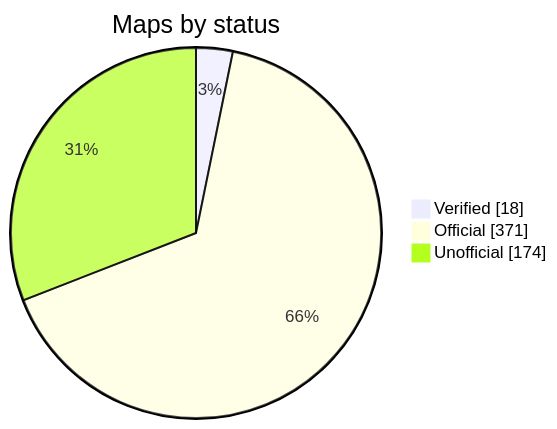
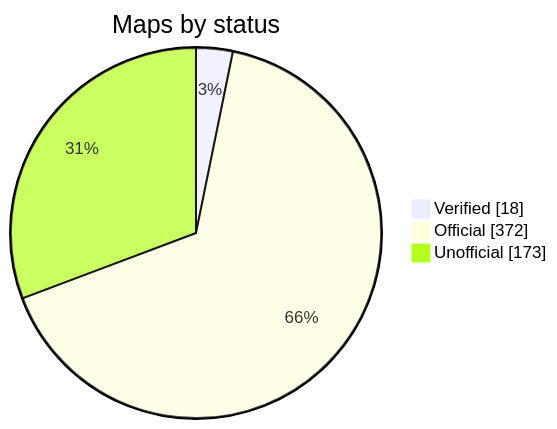
One commit to nobrega8/mbmap-library changed the diagram in README.md. Above: the diagram before and after it, drawn with Mermaid. The commit also changed 6 other files, not shown here.

````diff
--- a/README.md
+++ b/README.md
@@ -52,7 +52,7 @@
 ```mermaid
 pie showData
     title Maps by status
     "Verified" : 18
-    "Official" : 371
-    "Unofficial" : 174
+    "Official" : 372
+    "Unofficial" : 173
 ```
````
